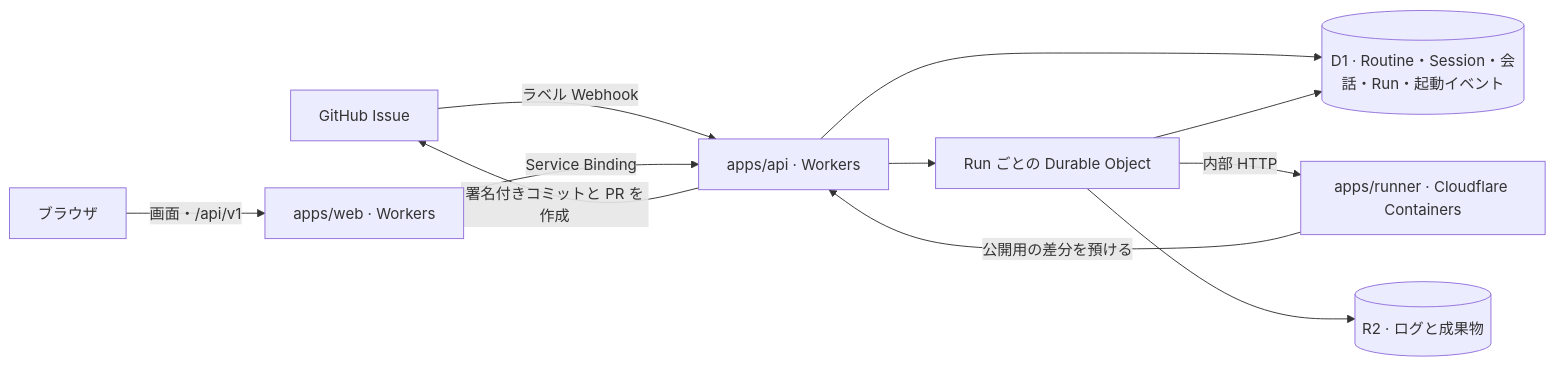
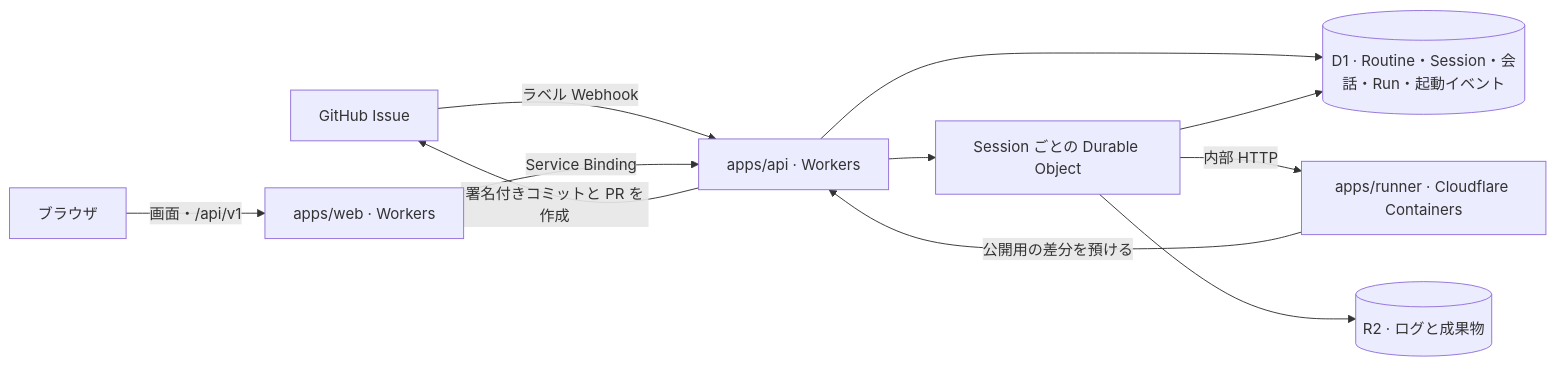
One commit to suzuki3jp/tailos changed the first of 2 diagrams in docs/design.md. Above: the diagram before and after it, drawn with Mermaid. The commit also changed other lines of this file and 14 other files, not shown here.

First line of the commit message:
feat: process the Turns of a Session in one Runner Durable Object

````diff
--- a/docs/design.md
+++ b/docs/design.md
@@ -24,13 +24,13 @@
 ```mermaid
 flowchart LR
     GitHub[GitHub Issue] -->|ラベル Webhook| API[apps/api · Workers]
     Browser[ブラウザ] -->|画面・/api/v1| Web[apps/web · Workers]
     Web -->|Service Binding| API
     API --> D1[(D1 · Routine・Session・会話・Run・起動イベント)]
-    API --> DO[Run ごとの Durable Object]
+    API --> DO[Session ごとの Durable Object]
     DO -->|内部 HTTP| Runner[apps/runner · Cloudflare Containers]
     DO --> D1
     DO --> R2[(R2 · ログと成果物)]
     Runner -->|公開用の差分を預ける| API
     API -->|署名付きコミットと PR を作成| GitHub
 ```
````
